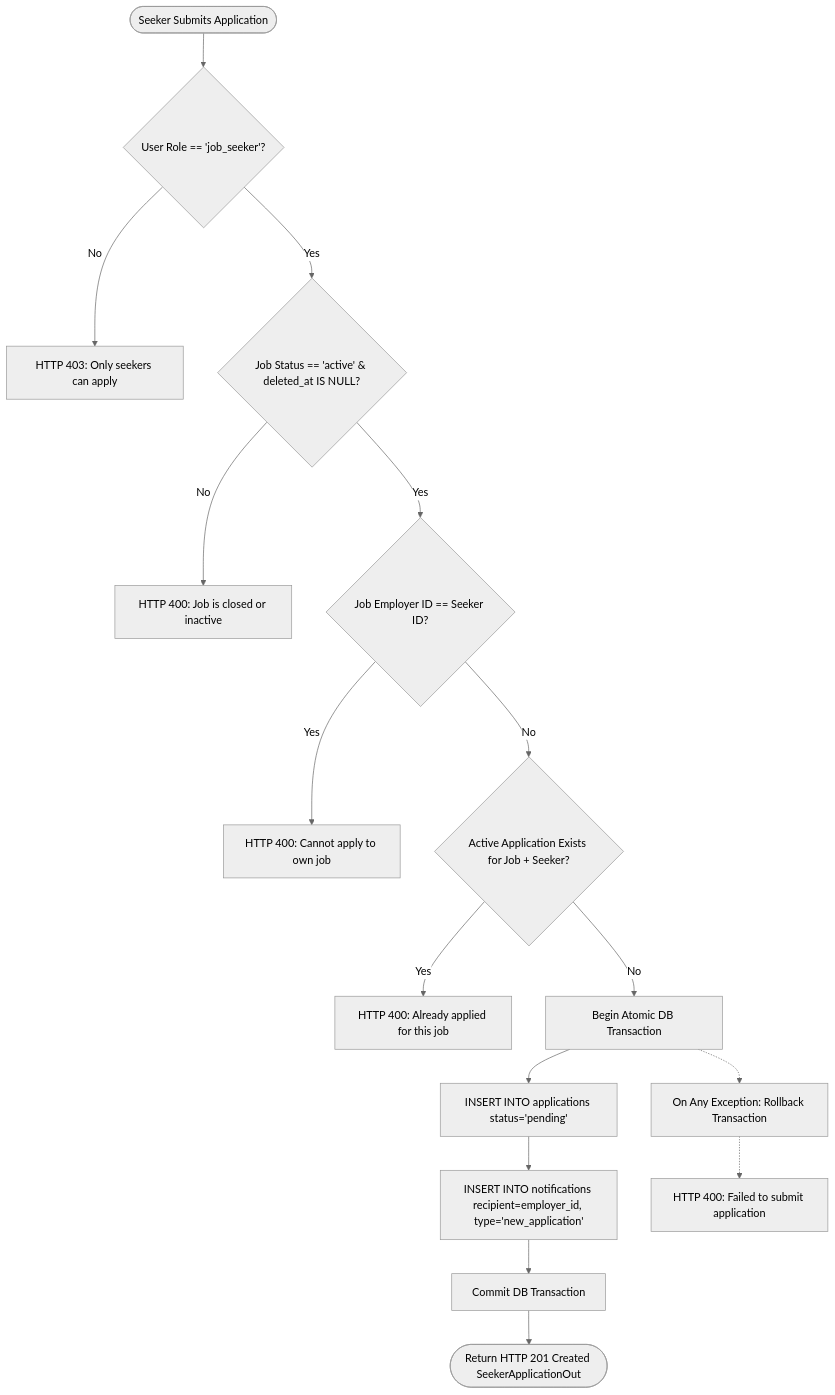
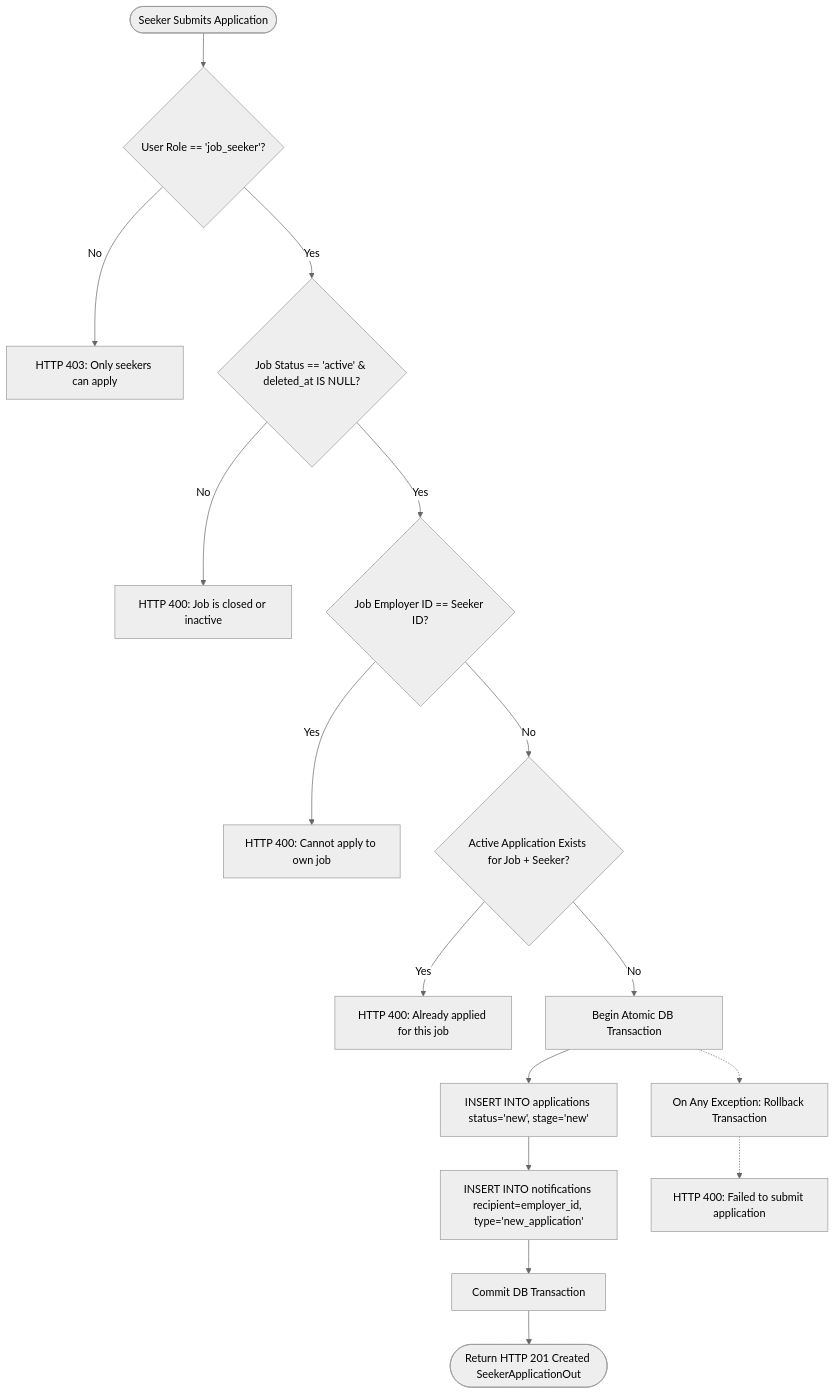
One commit to Coffeee-ui/Batanes_Niche changed the third of 7 diagrams in development/Documentation/08-Business-Workflows.md. Above: the diagram before and after it, drawn with Mermaid (neutral theme). The commit also changed other lines of this file and 68 other files, not shown here.

Commit message:
feat: implement initial full-stack architecture with backend API, database schema, and frontend UI

````diff
--- a/development/Documentation/08-Business-Workflows.md
+++ b/development/Documentation/08-Business-Workflows.md
@@ -77,24 +93,24 @@
 ```mermaid
 flowchart TD
     Seeker([Seeker Submits Application]) --> RoleGate{User Role == 'job_seeker'?}
     RoleGate -- No --> ErrRole[HTTP 403: Only seekers can apply]
     RoleGate -- Yes --> JobStatusCheck{Job Status == 'active' & deleted_at IS NULL?}
     
     JobStatusCheck -- No --> ErrJob[HTTP 400: Job is closed or inactive]
     JobStatusCheck -- Yes --> SelfCheck{Job Employer ID == Seeker ID?}
     
     SelfCheck -- Yes --> ErrSelf[HTTP 400: Cannot apply to own job]
     SelfCheck -- No --> DupCheck{Active Application Exists for Job + Seeker?}
     
     DupCheck -- Yes --> ErrDup[HTTP 400: Already applied for this job]
     DupCheck -- No --> BeginTxn[Begin Atomic DB Transaction]
     
-    BeginTxn --> InsertApp[INSERT INTO applications status='pending']
+    BeginTxn --> InsertApp[INSERT INTO applications status='new', stage='new']
     InsertApp --> InsertNotif[INSERT INTO notifications recipient=employer_id, type='new_application']
     InsertNotif --> CommitTxn[Commit DB Transaction]
     
     CommitTxn --> ReturnOut([Return HTTP 201 Created SeekerApplicationOut])
     
     BeginTxn -.-> OnFailure[On Any Exception: Rollback Transaction]
     OnFailure -.-> ErrRollback[HTTP 400: Failed to submit application]
 ```
````
